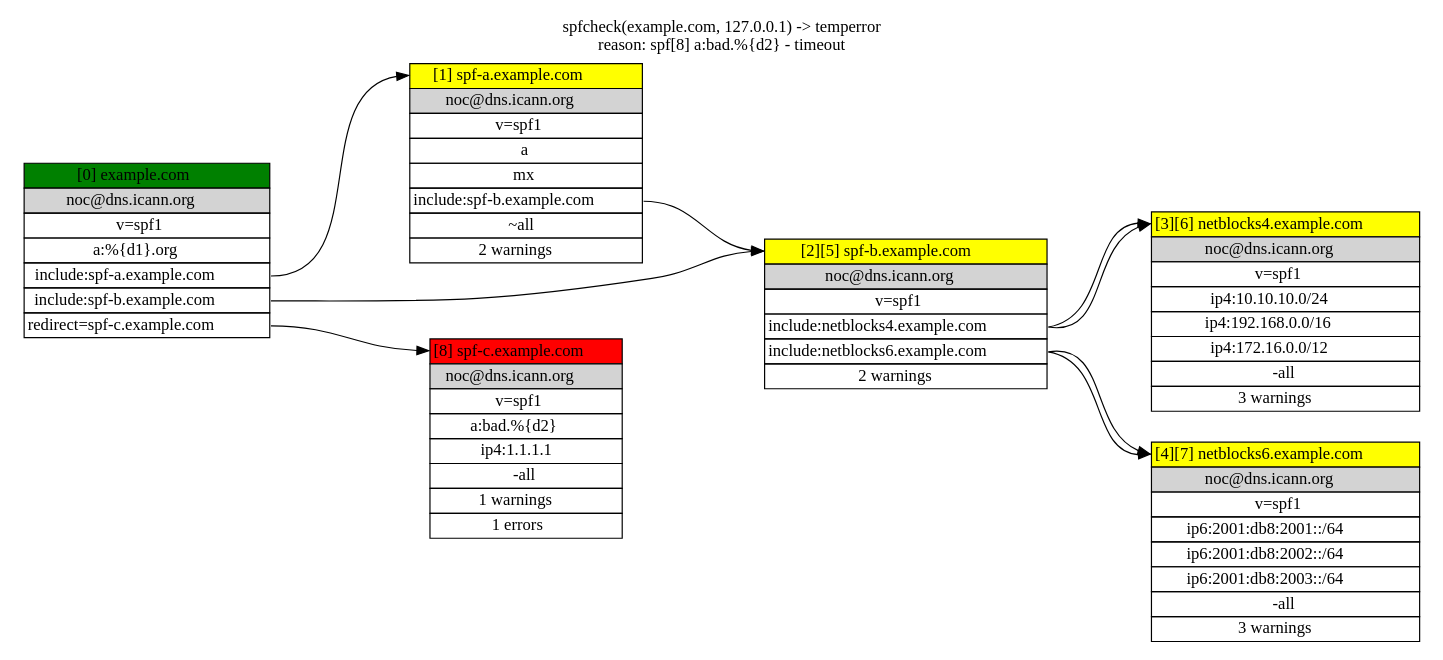
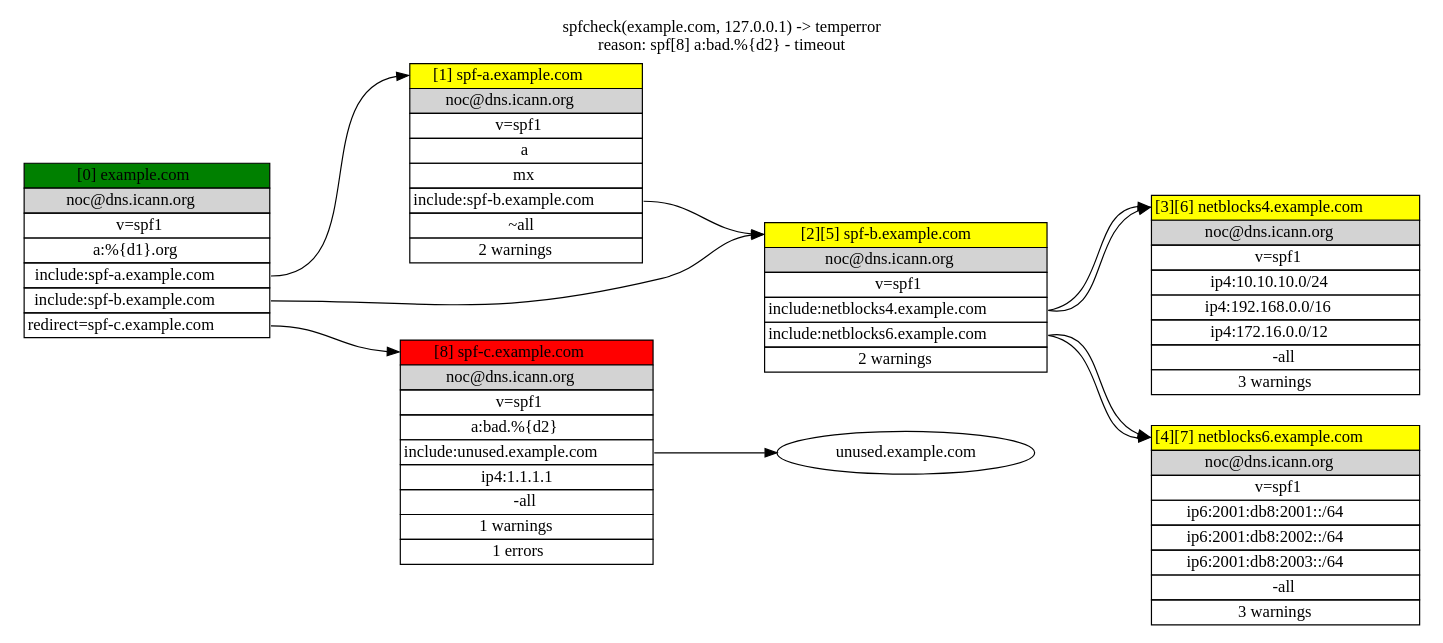
One commit to hertogp/spfcheck changed the diagram in assets/example.com.dot. Above: the diagram before and after it, drawn with Graphviz. The commit also changed 7 other files, not shown here.

```diff
--- a/assets/example.com.dot
+++ b/assets/example.com.dot
@@ -1,161 +1,162 @@
 
 digraph SPF {
   label="spfcheck(example.com, 127.0.0.1) -> temperror
 reason: spf[8] a:bad.%{d2} - timeout";
   labelloc="t";
   rankdir="LR";
   ranksep="1.0 equally";
 
   "spf-c.example.com" [label=<
   <TABLE BORDER="0" CELLBORDER="1" CELLSPACING="0">
   <TR><TD PORT="TOP" BGCOLOR="red">[8] spf-c.example.com</TD></TR>
   <TR><TD BGCOLOR="lightgray">noc@dns.icann.org</TD></TR>
   <TR><TD>v=spf1</TD></TR>
   <TR><TD>a:bad.%{d2}</TD></TR>
+  <TR><TD PORT="1">include:unused.example.com</TD></TR>
   <TR><TD>ip4:1.1.1.1</TD></TR>
   <TR><TD>-all</TD></TR>
   <TR><TD>1 warnings</TD></TR>
   <TR><TD>1 errors</TD></TR>
   </TABLE>
   >, shape="plaintext"];
 
-  
+  "spf-c.example.com":"1" -> "unused.example.com":"TOP";
 
 
 "netblocks6.example.com" [label=<
   <TABLE BORDER="0" CELLBORDER="1" CELLSPACING="0">
   <TR><TD PORT="TOP" BGCOLOR="yellow">[4][7] netblocks6.example.com</TD></TR>
   <TR><TD BGCOLOR="lightgray">noc@dns.icann.org</TD></TR>
   <TR><TD>v=spf1</TD></TR>
   <TR><TD>ip6:2001:db8:2001::/64</TD></TR>
   <TR><TD>ip6:2001:db8:2002::/64</TD></TR>
   <TR><TD>ip6:2001:db8:2003::/64</TD></TR>
   <TR><TD>-all</TD></TR>
   <TR><TD>3 warnings</TD></TR>
   
   </TABLE>
   >, shape="plaintext"];
 
   
 
 
 "netblocks4.example.com" [label=<
   <TABLE BORDER="0" CELLBORDER="1" CELLSPACING="0">
   <TR><TD PORT="TOP" BGCOLOR="yellow">[3][6] netblocks4.example.com</TD></TR>
   <TR><TD BGCOLOR="lightgray">noc@dns.icann.org</TD></TR>
   <TR><TD>v=spf1</TD></TR>
   <TR><TD>ip4:10.10.10.0/24</TD></TR>
   <TR><TD>ip4:192.168.0.0/16</TD></TR>
   <TR><TD>ip4:172.16.0.0/12</TD></TR>
   <TR><TD>-all</TD></TR>
   <TR><TD>3 warnings</TD></TR>
   
   </TABLE>
   >, shape="plaintext"];
 
   
 
 
 "spf-b.example.com" [label=<
   <TABLE BORDER="0" CELLBORDER="1" CELLSPACING="0">
   <TR><TD PORT="TOP" BGCOLOR="yellow">[2][5] spf-b.example.com</TD></TR>
   <TR><TD BGCOLOR="lightgray">noc@dns.icann.org</TD></TR>
   <TR><TD>v=spf1</TD></TR>
   <TR><TD PORT="0">include:netblocks4.example.com</TD></TR>
   <TR><TD PORT="1">include:netblocks6.example.com</TD></TR>
   <TR><TD>2 warnings</TD></TR>
   
   </TABLE>
   >, shape="plaintext"];
 
   "spf-b.example.com":"0" -> "netblocks4.example.com":"TOP";
   "spf-b.example.com":"1" -> "netblocks6.example.com":"TOP";
 
 
 "netblocks6.example.com" [label=<
   <TABLE BORDER="0" CELLBORDER="1" CELLSPACING="0">
   <TR><TD PORT="TOP" BGCOLOR="yellow">[4][7] netblocks6.example.com</TD></TR>
   <TR><TD BGCOLOR="lightgray">noc@dns.icann.org</TD></TR>
   <TR><TD>v=spf1</TD></TR>
   <TR><TD>ip6:2001:db8:2001::/64</TD></TR>
   <TR><TD>ip6:2001:db8:2002::/64</TD></TR>
   <TR><TD>ip6:2001:db8:2003::/64</TD></TR>
   <TR><TD>-all</TD></TR>
   <TR><TD>3 warnings</TD></TR>
   
   </TABLE>
   >, shape="plaintext"];
 
   
 
 
 "netblocks4.example.com" [label=<
   <TABLE BORDER="0" CELLBORDER="1" CELLSPACING="0">
   <TR><TD PORT="TOP" BGCOLOR="yellow">[3][6] netblocks4.example.com</TD></TR>
   <TR><TD BGCOLOR="lightgray">noc@dns.icann.org</TD></TR>
   <TR><TD>v=spf1</TD></TR>
   <TR><TD>ip4:10.10.10.0/24</TD></TR>
   <TR><TD>ip4:192.168.0.0/16</TD></TR>
   <TR><TD>ip4:172.16.0.0/12</TD></TR>
   <TR><TD>-all</TD></TR>
   <TR><TD>3 warnings</TD></TR>
   
   </TABLE>
   >, shape="plaintext"];
 
   
 
 
 "spf-b.example.com" [label=<
   <TABLE BORDER="0" CELLBORDER="1" CELLSPACING="0">
   <TR><TD PORT="TOP" BGCOLOR="yellow">[2][5] spf-b.example.com</TD></TR>
   <TR><TD BGCOLOR="lightgray">noc@dns.icann.org</TD></TR>
   <TR><TD>v=spf1</TD></TR>
   <TR><TD PORT="0">include:netblocks4.example.com</TD></TR>
   <TR><TD PORT="1">include:netblocks6.example.com</TD></TR>
   <TR><TD>2 warnings</TD></TR>
   
   </TABLE>
   >, shape="plaintext"];
 
   "spf-b.example.com":"0" -> "netblocks4.example.com":"TOP";
   "spf-b.example.com":"1" -> "netblocks6.example.com":"TOP";
 
 
 "spf-a.example.com" [label=<
   <TABLE BORDER="0" CELLBORDER="1" CELLSPACING="0">
   <TR><TD PORT="TOP" BGCOLOR="yellow">[1] spf-a.example.com</TD></TR>
   <TR><TD BGCOLOR="lightgray">noc@dns.icann.org</TD></TR>
   <TR><TD>v=spf1</TD></TR>
   <TR><TD>a</TD></TR>
   <TR><TD>mx</TD></TR>
   <TR><TD PORT="2">include:spf-b.example.com</TD></TR>
   <TR><TD>~all</TD></TR>
   <TR><TD>2 warnings</TD></TR>
   
   </TABLE>
   >, shape="plaintext"];
 
   "spf-a.example.com":"2" -> "spf-b.example.com":"TOP";
 
 
 "example.com" [label=<
   <TABLE BORDER="0" CELLBORDER="1" CELLSPACING="0">
   <TR><TD PORT="TOP" BGCOLOR="green">[0] example.com</TD></TR>
   <TR><TD BGCOLOR="lightgray">noc@dns.icann.org</TD></TR>
   <TR><TD>v=spf1</TD></TR>
   <TR><TD>a:%{d1}.org</TD></TR>
   <TR><TD PORT="1">include:spf-a.example.com</TD></TR>
   <TR><TD PORT="2">include:spf-b.example.com</TD></TR>
   <TR><TD PORT="3">redirect=spf-c.example.com</TD></TR>
   
   
   </TABLE>
   >, shape="plaintext"];
 
   "example.com":"1" -> "spf-a.example.com":"TOP";
   "example.com":"2" -> "spf-b.example.com":"TOP";
   "example.com":"3" -> "spf-c.example.com":"TOP";
 
 
   }
```
